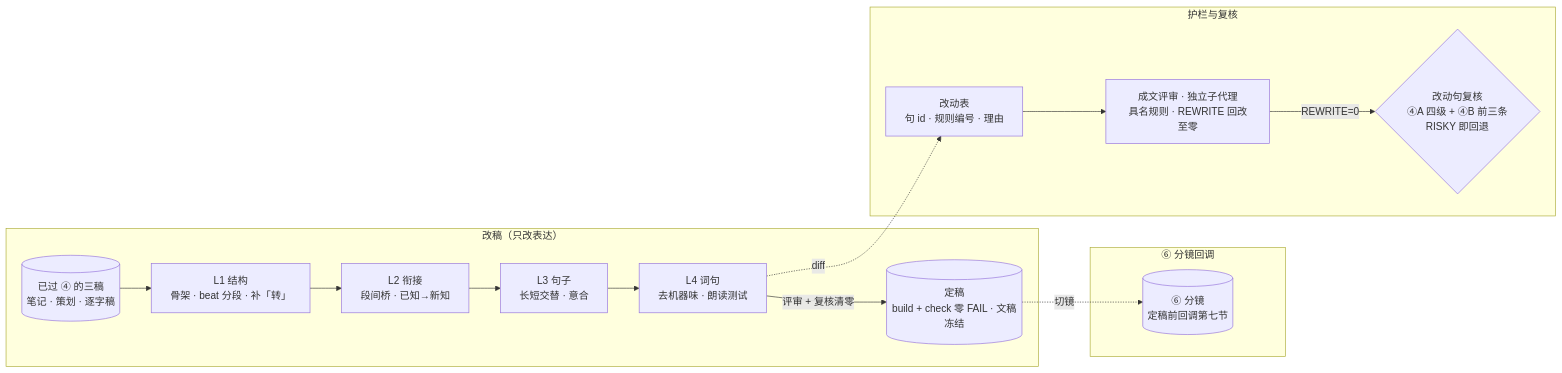
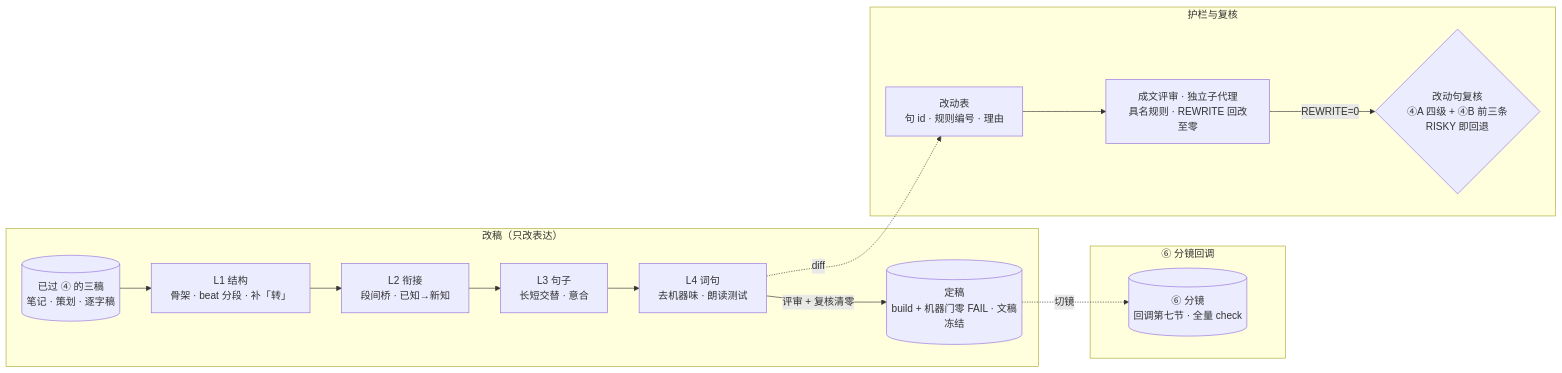
One commit to ThreeFish-AI/to-video changed the diagram in docs/assets/mermaid/prose-refinement--passes.mmd. Above: the diagram before and after it, drawn with Mermaid. The commit also changed 7 other files, not shown here.

First line of the commit message:
fix(rsi): ⑤ 机器门按分镜是否存在分流，新集改跑 check_script --pre-tts（RSI-013 五次评审）;

```diff
--- a/docs/assets/mermaid/prose-refinement--passes.mmd
+++ b/docs/assets/mermaid/prose-refinement--passes.mmd
@@ -1,23 +1,24 @@
 %% source: references/05-prose-refinement.md — 三、四层 pass · 九、改动审计与复核
 %% slug: prose-refinement--passes
 %% type: workflow
 %% derived: authored for RSI-013（archify JSON 源不入库，本文件是可 diff 的拓扑事实）
 %% fix: RSI-013 评审回归——补「成文评审」节点；门改为评审 REWRITE=0 且复核 RISKY=0、REWRITE=0；回退并入复核节点
 %% fix: RSI-013 三次评审——输入改为三稿（分镜在 ⑥ 才产出，定稿前回调第七节）；复核覆盖 ④A 四级 + ④B 前三条
+%% fix: RSI-013 五次评审——新集定稿时尚无分镜、check 会直接退出：定稿门改为「build + 机器门」（无分镜跑 --pre-tts），全量 check 移到 ⑥ 回调之后
 flowchart LR
     subgraph CB["⑥ 分镜回调"]
-        SB[(⑥ 分镜<br/>定稿前回调第七节)]
+        SB[(⑥ 分镜<br/>回调第七节 · 全量 check)]
     end
     subgraph PASS["改稿（只改表达）"]
         IN[(已过 ④ 的三稿<br/>笔记 · 策划 · 逐字稿)] --> L1[L1 结构<br/>骨架 · beat 分段 · 补「转」]
         L1 --> L2[L2 衔接<br/>段间桥 · 已知→新知]
         L2 --> L3[L3 句子<br/>长短交替 · 意合]
         L3 --> L4[L4 词句<br/>去机器味 · 朗读测试]
-        L4 -->|评审 + 复核清零| GATE[(定稿<br/>build + check 零 FAIL · 文稿冻结)]
+        L4 -->|评审 + 复核清零| GATE[(定稿<br/>build + 机器门零 FAIL · 文稿冻结)]
     end
     subgraph GUARD["护栏与复核"]
         AUDIT[改动表<br/>句 id · 规则编号 · 理由] --> REVIEW[成文评审 · 独立子代理<br/>具名规则 · REWRITE 回改至零]
         REVIEW -->|REWRITE=0| RECHECK{改动句复核<br/>④A 四级 + ④B 前三条<br/>RISKY 即回退}
     end
     L4 -.->|diff| AUDIT
     GATE -.->|切镜| SB
```
